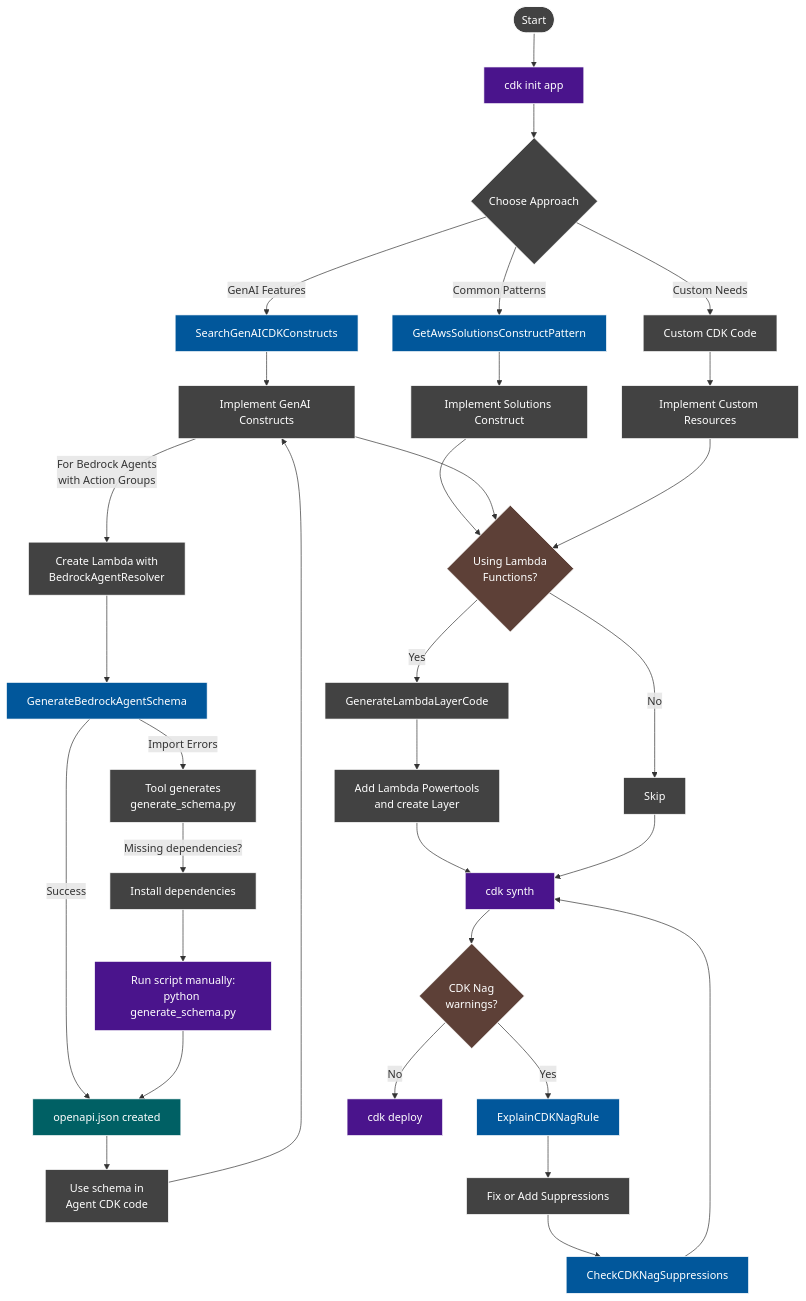
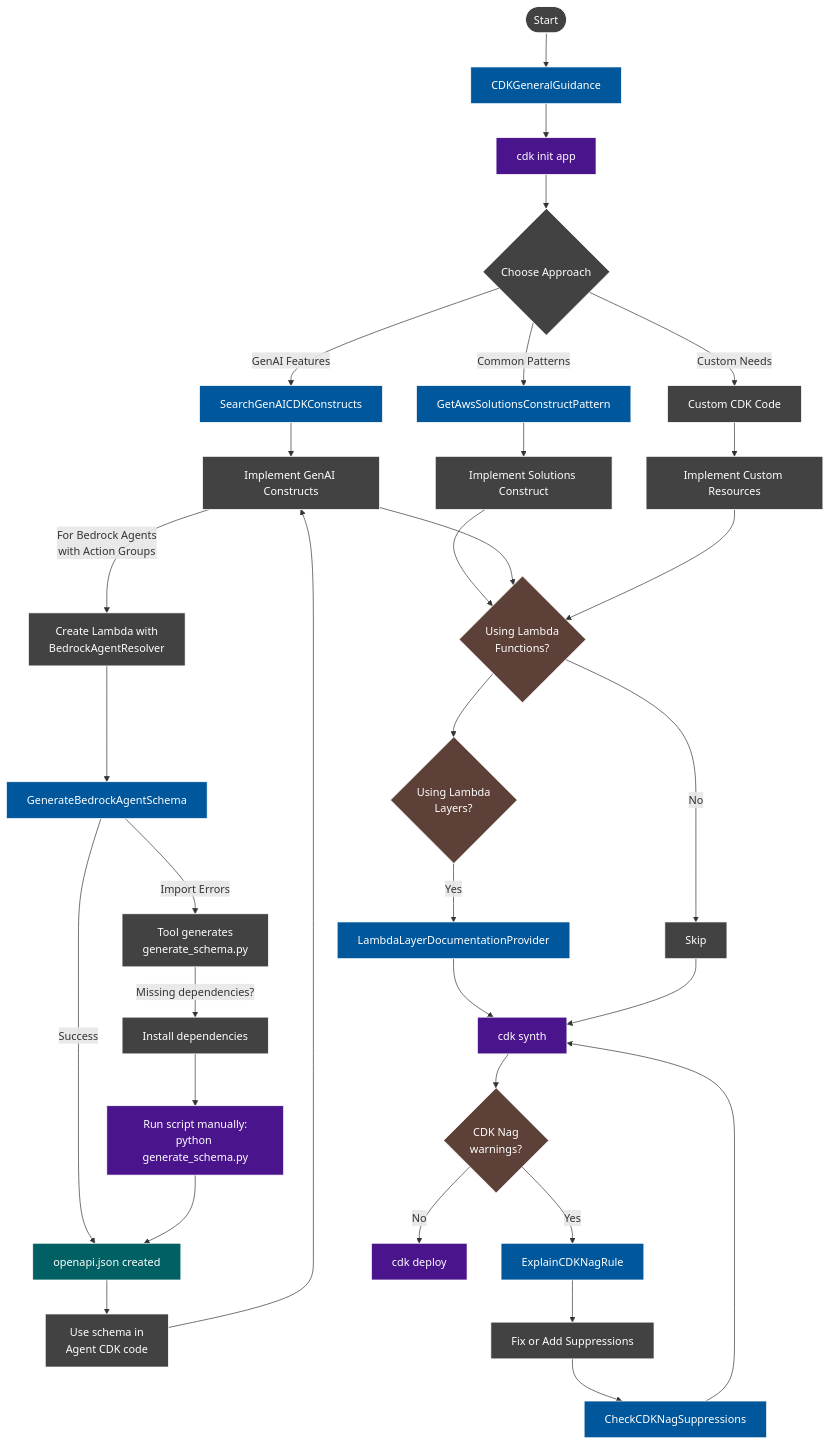
One commit to awslabs/mcp changed the diagram in src/cdk-mcp-server/README.md. Above: the diagram before and after it, drawn with Mermaid. The commit also changed other lines of this file and 1 other file, not shown here.

First line of the commit message:
refactor: improve CDK guidance organization and add CDK CLI prerequisite

````diff
--- a/src/cdk-mcp-server/README.md
+++ b/src/cdk-mcp-server/README.md
@@ -47,59 +54,61 @@
 ```mermaid
 graph TD
-    Start([Start]) --> Init["cdk init app"]
+    Start([Start]) --> A["CDKGeneralGuidance"]
+    A --> Init["cdk init app"]
     
     Init --> B{Choose Approach}
     B -->|"Common Patterns"| C1["GetAwsSolutionsConstructPattern"]
     B -->|"GenAI Features"| C2["SearchGenAICDKConstructs"]
     B -->|"Custom Needs"| C3["Custom CDK Code"]
     
     C1 --> D1["Implement Solutions Construct"]
     C2 --> D2["Implement GenAI Constructs"]
     C3 --> D3["Implement Custom Resources"]
     
     %% Bedrock Agent with Action Groups specific flow
     D2 -->|"For Bedrock Agents<br/>with Action Groups"| BA["Create Lambda with<br/>BedrockAgentResolver"]
     
     %% Schema generation flow
     BA --> BS["GenerateBedrockAgentSchema"]
     BS -->|"Success"| JSON["openapi.json created"]
     BS -->|"Import Errors"| BSF["Tool generates<br/>generate_schema.py"]
     BSF -->|"Missing dependencies?"| InstallDeps["Install dependencies"]
     InstallDeps --> BSR["Run script manually:<br/>python generate_schema.py"]
     BSR --> JSON["openapi.json created"]
     
     %% Use schema in Agent CDK
     JSON --> AgentCDK["Use schema in<br/>Agent CDK code"]
     AgentCDK --> D2
     
     %% Conditional Lambda Powertools implementation
     D1 & D2 & D3 --> HasLambda{"Using Lambda<br/>Functions?"}
-    HasLambda -->|"Yes"| L1["GenerateLambdaLayerCode"]
-    L1 --> L["Add Lambda Powertools<br/>and create Layer"]
+    HasLambda --> UseLayer{"Using Lambda<br/>Layers?"}
+    UseLayer -->|"Yes"| LLDP["LambdaLayerDocumentationProvider"]
+
     HasLambda -->|"No"| SkipL["Skip"]
     
     %% Rest of workflow
-    L --> Synth["cdk synth"]
+    LLDP["LambdaLayerDocumentationProvider"] --> Synth["cdk synth"]
     SkipL --> Synth
     
     Synth --> Nag{"CDK Nag<br/>warnings?"}
     Nag -->|Yes| E["ExplainCDKNagRule"]
     Nag -->|No| Deploy["cdk deploy"]
     
     E --> Fix["Fix or Add Suppressions"]
     Fix --> CN["CheckCDKNagSuppressions"]
     CN --> Synth
     
     %% Styling with darker colors
     classDef default fill:#424242,stroke:#ffffff,stroke-width:1px,color:#ffffff;
     classDef cmd fill:#4a148c,stroke:#ffffff,stroke-width:1px,color:#ffffff;
     classDef tool fill:#01579b,stroke:#ffffff,stroke-width:1px,color:#ffffff;
     classDef note fill:#1b5e20,stroke:#ffffff,stroke-width:1px,color:#ffffff;
     classDef output fill:#006064,stroke:#ffffff,stroke-width:1px,color:#ffffff;
     classDef decision fill:#5d4037,stroke:#ffffff,stroke-width:1px,color:#ffffff;
     
     class Init,Synth,Deploy,BSR cmd;
-    class C1,C2,BS,E,CN tool;
+    class A,C1,C2,BS,E,CN,LLDP tool;
     class JSON output;
-    class HasLambda,Nag decision;
+    class HasLambda,UseLayer,Nag decision;
 ```
````
